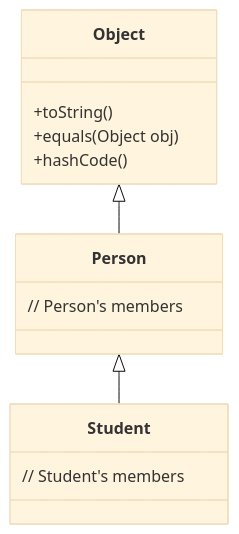
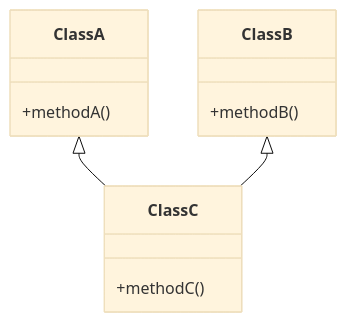
Before and after one commit to Davud-ayanokoji/w8-lab-inheritance-danielcregg: the seventh of 8 diagrams in README.md, drawn with Mermaid (base theme). The commit also changed other lines of this file, not shown here.

````diff
--- a/README.md
+++ b/README.md
@@ -279,16 +230,14 @@
 ```mermaid
 classDiagram
-    Object <|-- Person
-    Person <|-- Student
-    class Object{
-        +toString()
-        +equals(Object obj)
-        +hashCode()
+    ClassA <|-- ClassC
+    ClassB <|-- ClassC
+    class ClassA{
+        +methodA()
     }
-    class Person{
-        // Person's members
+    class ClassB{
+        +methodB()
     }
-    class Student{
-        // Student's members
+    class ClassC{
+        +methodC()
     }
 ```
````
